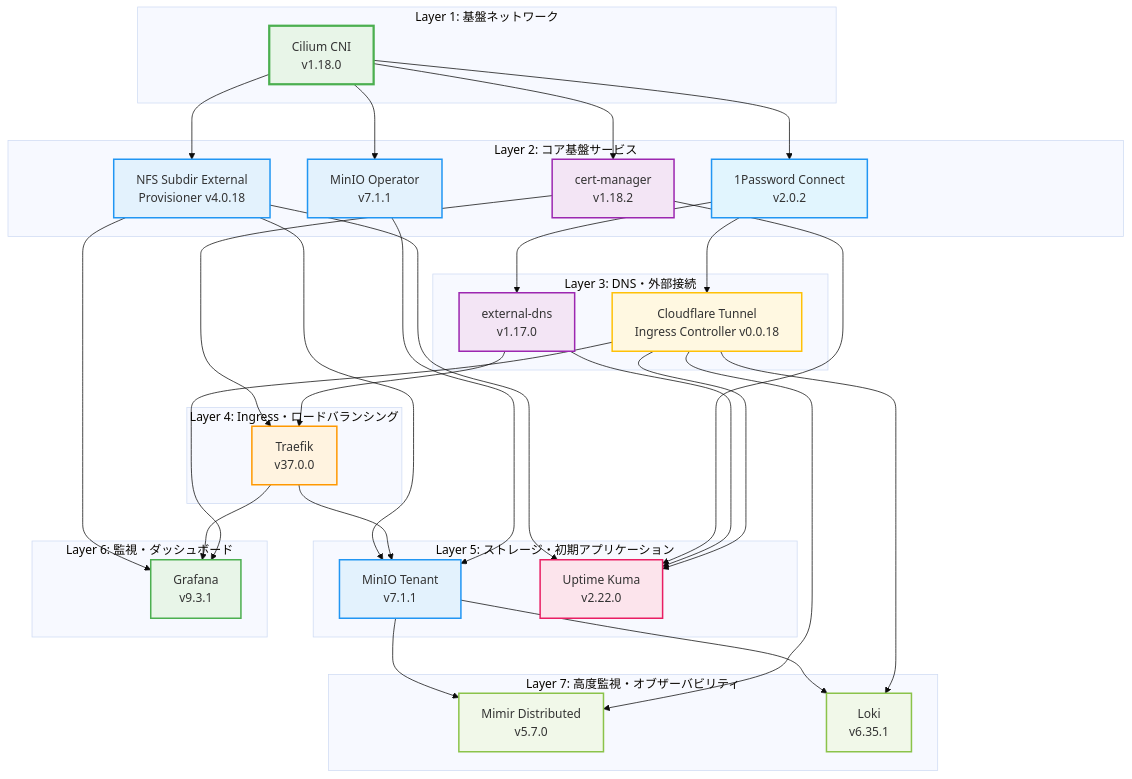
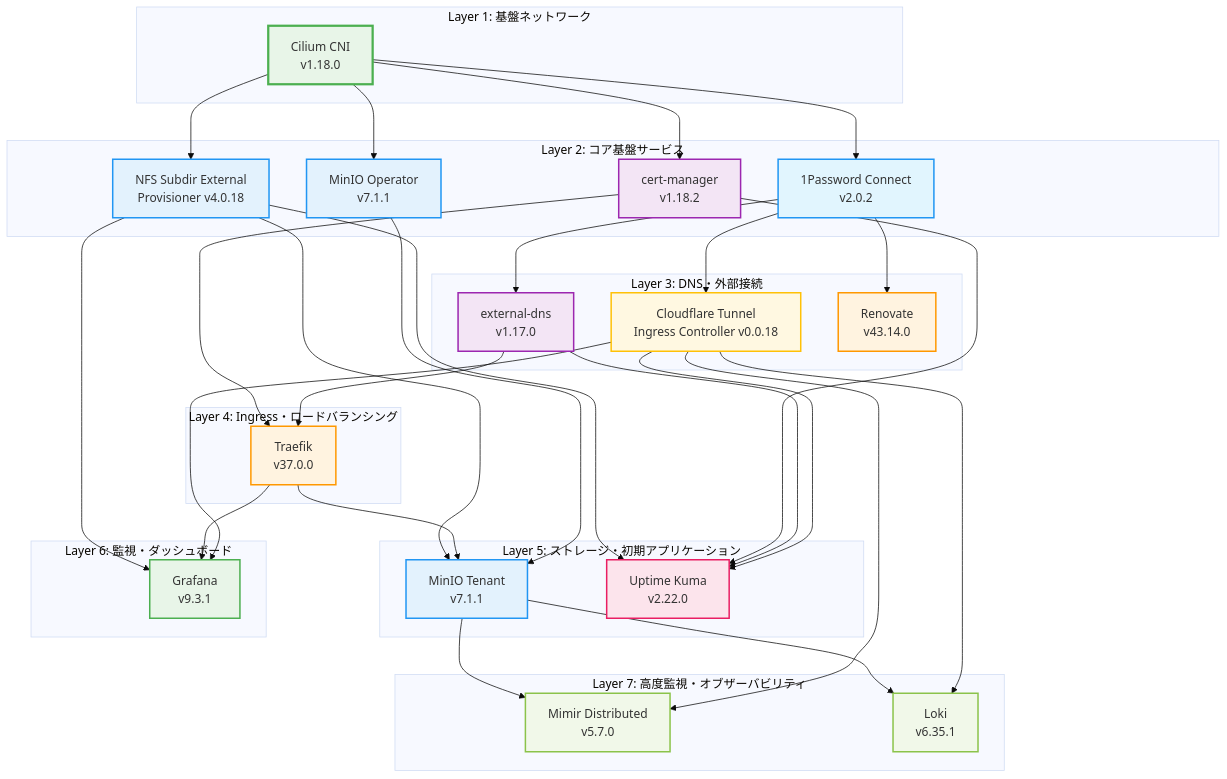
The diagram in helmfile/README.md (Soli0222/pke), drawn with Mermaid (base theme) before and after one commit. The commit also changed other lines of this file and 3 other files, not shown here.

````diff
--- a/helmfile/README.md
+++ b/helmfile/README.md
@@ -96,6 +100,7 @@
     subgraph "Layer 3: DNS・外部接続"
         ExternalDNS[external-dns<br/>v1.17.0]
         CFTunnel[Cloudflare Tunnel<br/>Ingress Controller v0.0.18]
+        Renovate[Renovate<br/>v43.14.0]
     end
 
     %% レイヤー4: Ingress・ロードバランシング
@@ -156,6 +161,9 @@
     MinIOTenant --> Loki
     CFTunnel --> Loki
 
+    %% Renovate依存関係
+    Connect --> Renovate
+
     %% スタイリング
     style Cilium fill:#e8f5e8,stroke:#4caf50,stroke-width:3px
     style Connect fill:#e1f5fe,stroke:#2196f3,stroke-width:2px
@@ -170,4 +178,5 @@
     style Grafana fill:#e8f5e8,stroke:#4caf50,stroke-width:2px
     style Mimir fill:#f1f8e9,stroke:#8bc34a,stroke-width:2px
     style Loki fill:#f1f8e9,stroke:#8bc34a,stroke-width:2px
+    style Renovate fill:#fff3e0,stroke:#ff9800,stroke-width:2px
 ```
````
